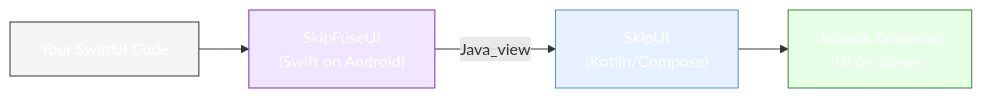
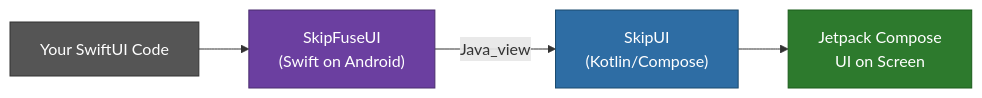
Before and after one commit to skiptools/skip-fuse-ui: the first of 4 diagrams in README.md, drawn with Mermaid. The commit also changed other lines of this file, not shown here.

````diff
--- a/README.md
+++ b/README.md
@@ -9,11 +9,11 @@
 ```mermaid
 flowchart LR
     A["Your SwiftUI Code"] --> B["SkipFuseUI\n(Swift on Android)"]
     B -->|"Java_view"| C["SkipUI\n(Kotlin/Compose)"]
     C --> D["Jetpack Compose\nUI on Screen"]
 
-    style A fill:#f5f5f5,stroke:#333,color:#fff
-    style B fill:#f0e6ff,stroke:#7b2fbe,color:#fff
-    style C fill:#e6f0ff,stroke:#4a90d9,color:#fff
-    style D fill:#e6ffe6,stroke:#2d8a2d,color:#fff
+    style A fill:#555555,stroke:#333,color:#fff
+    style B fill:#6b3fa0,stroke:#4a2d6e,color:#fff
+    style C fill:#2e6da4,stroke:#1a4a6e,color:#fff
+    style D fill:#2d7a2d,stroke:#1a5c1a,color:#fff
 ```
````
